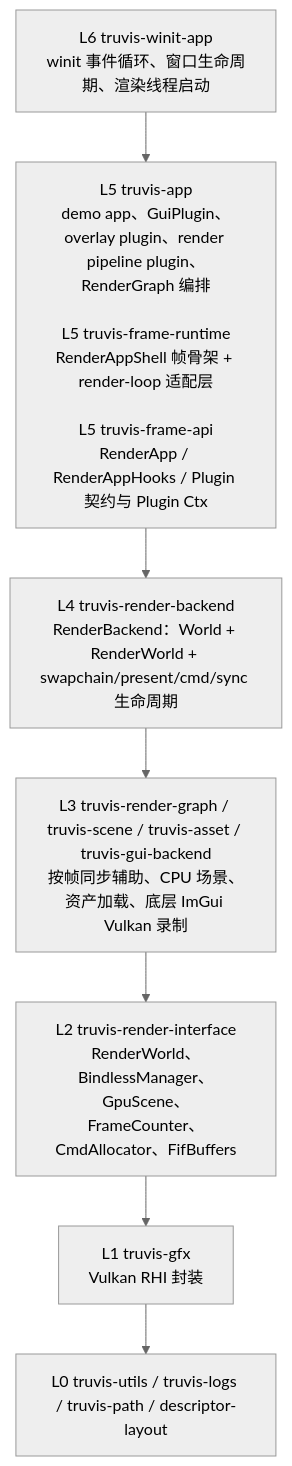
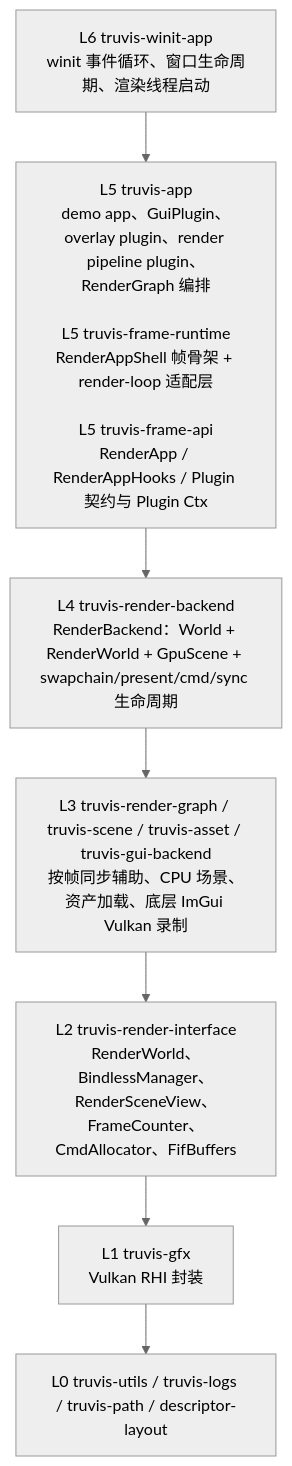
Before and after one commit to acccoco/TruvisRenderer: the first of 6 diagrams in ARCHITECTURE.md, drawn with Mermaid (neutral theme). The commit also changed other lines of this file and 37 other files, not shown here.

````diff
--- a/ARCHITECTURE.md
+++ b/ARCHITECTURE.md
@@ -9,12 +9,12 @@
 ```mermaid
 flowchart TB
     L6["L6 truvis-winit-app<br/>winit 事件循环、窗口生命周期、渲染线程启动"]
     L5["L5 truvis-app<br/>demo app、GuiPlugin、overlay plugin、render pipeline plugin、RenderGraph 编排<br/><br/>L5 truvis-frame-runtime<br/>RenderAppShell 帧骨架 + render-loop 适配层<br/><br/>L5 truvis-frame-api<br/>RenderApp / RenderAppHooks / Plugin 契约与 Plugin Ctx"]
-    L4["L4 truvis-render-backend<br/>RenderBackend：World + RenderWorld + swapchain/present/cmd/sync 生命周期"]
+    L4["L4 truvis-render-backend<br/>RenderBackend：World + RenderWorld + GpuScene + swapchain/present/cmd/sync 生命周期"]
     L3["L3 truvis-render-graph / truvis-scene / truvis-asset / truvis-gui-backend<br/>按帧同步辅助、CPU 场景、资产加载、底层 ImGui Vulkan 录制"]
-    L2["L2 truvis-render-interface<br/>RenderWorld、BindlessManager、GpuScene、FrameCounter、CmdAllocator、FifBuffers"]
+    L2["L2 truvis-render-interface<br/>RenderWorld、BindlessManager、RenderSceneView、FrameCounter、CmdAllocator、FifBuffers"]
     L1["L1 truvis-gfx<br/>Vulkan RHI 封装"]
     L0["L0 truvis-utils / truvis-logs / truvis-path / descriptor-layout"]
 
     L6 --> L5 --> L4 --> L3 --> L2 --> L1 --> L0
 ```
````
